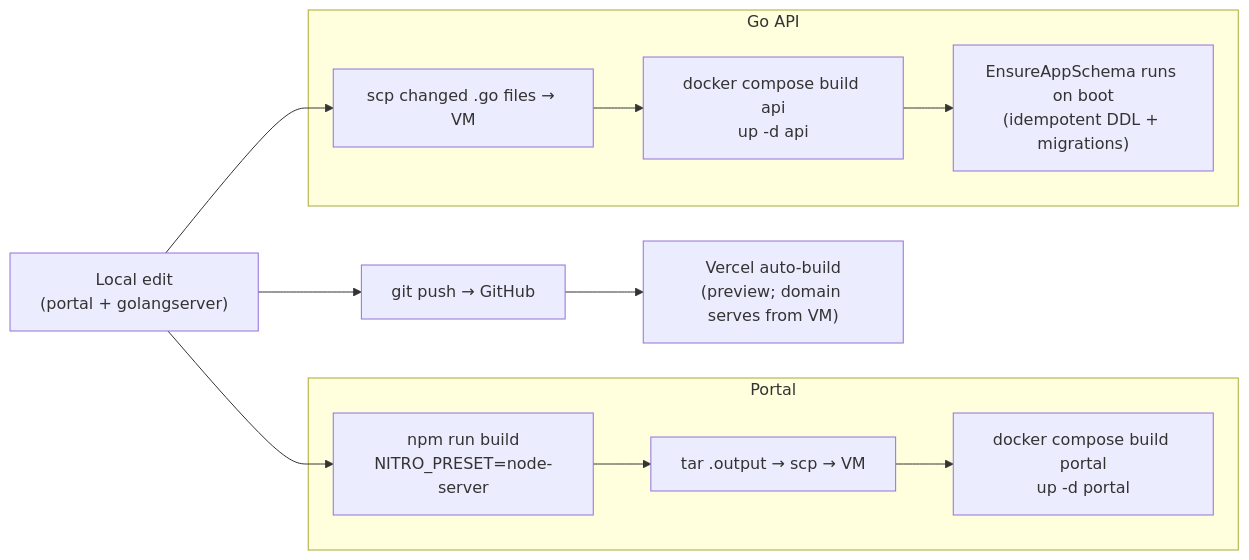
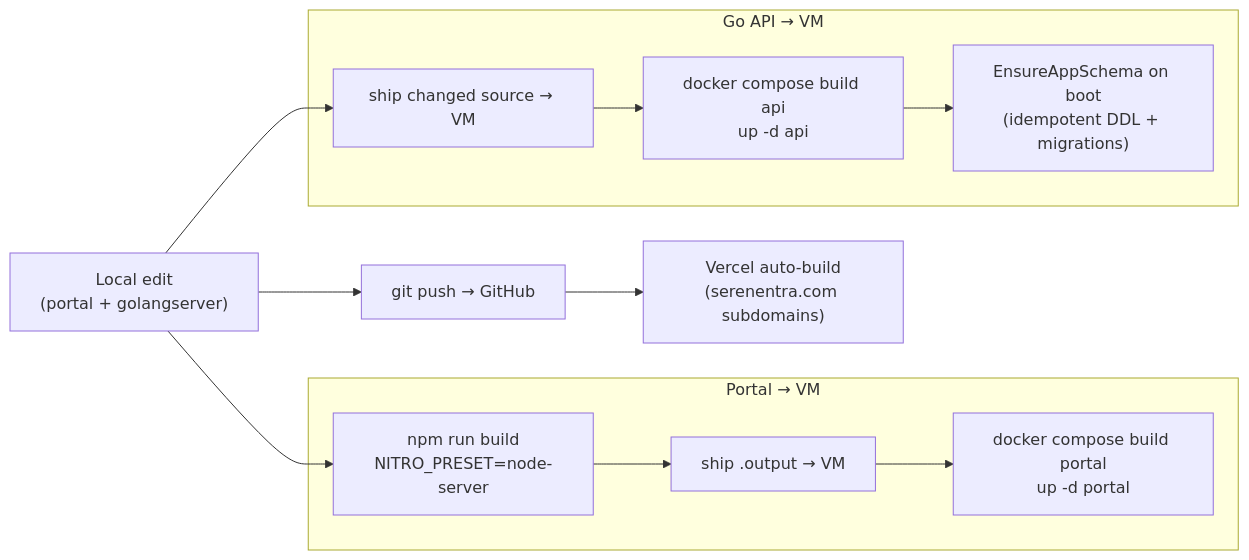
The tenth of 10 diagrams in docs/ARCHITECTURE.md (jasmeet15069/HmsAdminStaffPortal), drawn with Mermaid before and after one commit. The commit also changed other lines of this file, not shown here.

First line of the commit message:
docs: rewrite ARCHITECTURE to match target diagram; scrub IPs

````diff
--- a/docs/ARCHITECTURE.md
+++ b/docs/ARCHITECTURE.md
@@ -386,23 +328,23 @@
 ```mermaid
 flowchart LR
     DEV["Local edit<br/>(portal + golangserver)"]
 
-    subgraph PORTAL_DEPLOY["Portal"]
+    subgraph PORTAL_DEPLOY["Portal → VM"]
         B1["npm run build<br/>NITRO_PRESET=node-server"]
-        B2["tar .output → scp → VM"]
+        B2["ship .output → VM"]
         B3["docker compose build portal<br/>up -d portal"]
     end
 
-    subgraph GO_DEPLOY["Go API"]
-        G1["scp changed .go files → VM"]
+    subgraph GO_DEPLOY["Go API → VM"]
+        G1["ship changed source → VM"]
         G2["docker compose build api<br/>up -d api"]
-        G3["EnsureAppSchema runs on boot<br/>(idempotent DDL + migrations)"]
+        G3["EnsureAppSchema on boot<br/>(idempotent DDL + migrations)"]
     end
 
     GH["git push → GitHub"]
-    VC["Vercel auto-build<br/>(preview; domain serves from VM)"]
+    VC["Vercel auto-build<br/>(serenentra.com subdomains)"]
 
     DEV --> B1 --> B2 --> B3
     DEV --> G1 --> G2 --> G3
     DEV --> GH --> VC
 ```
````
